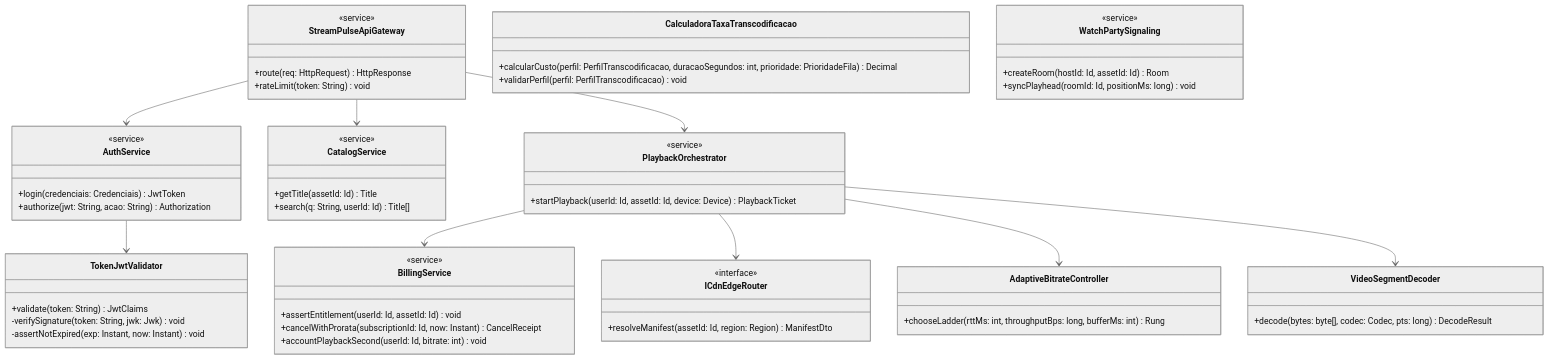
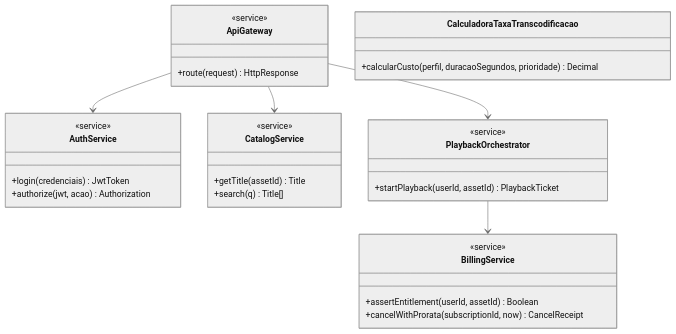
Before and after one commit to DiogoBAguiar/atividade-testes-software: the first of 27 diagrams in README.md, drawn with Mermaid (neutral theme). The commit also changed other lines of this file and 27 other files, not shown here.

First line of the commit message:
Alinhar diagramas ao padrão UML do Laboratório 02.

````diff
--- a/README.md
+++ b/README.md
@@ -175,61 +16,34 @@
 ```mermaid
 classDiagram
-    class StreamPulseApiGateway {
+    class ApiGateway {
         <<service>>
-        +route(req: HttpRequest) HttpResponse
-        +rateLimit(token: String) void
+        +route(request) HttpResponse
     }
     class AuthService {
         <<service>>
-        +login(credenciais: Credenciais) JwtToken
-        +authorize(jwt: String, acao: String) Authorization
-    }
-    class TokenJwtValidator {
-        +validate(token: String) JwtClaims
-        -verifySignature(token: String, jwk: Jwk) void
-        -assertNotExpired(exp: Instant, now: Instant) void
+        +login(credenciais) JwtToken
+        +authorize(jwt, acao) Authorization
     }
     class BillingService {
         <<service>>
-        +assertEntitlement(userId: Id, assetId: Id) void
-        +cancelWithProrata(subscriptionId: Id, now: Instant) CancelReceipt
-        +accountPlaybackSecond(userId: Id, bitrate: int) void
+        +assertEntitlement(userId, assetId) Boolean
+        +cancelWithProrata(subscriptionId, now) CancelReceipt
     }
     class CatalogService {
         <<service>>
-        +getTitle(assetId: Id) Title
-        +search(q: String, userId: Id) Title[]
+        +getTitle(assetId) Title
+        +search(q) Title[]
     }
     class PlaybackOrchestrator {
         <<service>>
-        +startPlayback(userId: Id, assetId: Id, device: Device) PlaybackTicket
-    }
-    class ICdnEdgeRouter {
-        <<interface>>
-        +resolveManifest(assetId: Id, region: Region) ManifestDto
-    }
-    class AdaptiveBitrateController {
-        +chooseLadder(rttMs: int, throughputBps: long, bufferMs: int) Rung
-    }
-    class VideoSegmentDecoder {
-        +decode(bytes: byte[], codec: Codec, pts: long) DecodeResult
+        +startPlayback(userId, assetId) PlaybackTicket
     }
     class CalculadoraTaxaTranscodificacao {
-        +calcularCusto(perfil: PerfilTranscodificacao, duracaoSegundos: int, prioridade: PrioridadeFila) Decimal
-        +validarPerfil(perfil: PerfilTranscodificacao) void
-    }
-    class WatchPartySignaling {
-        <<service>>
-        +createRoom(hostId: Id, assetId: Id) Room
-        +syncPlayhead(roomId: Id, positionMs: long) void
+        +calcularCusto(perfil, duracaoSegundos, prioridade) Decimal
     }
 
-    StreamPulseApiGateway --> AuthService
-    StreamPulseApiGateway --> CatalogService
-    StreamPulseApiGateway --> PlaybackOrchestrator
-    AuthService --> TokenJwtValidator
+    ApiGateway --> AuthService
+    ApiGateway --> CatalogService
+    ApiGateway --> PlaybackOrchestrator
     PlaybackOrchestrator --> BillingService
-    PlaybackOrchestrator --> ICdnEdgeRouter
-    PlaybackOrchestrator --> AdaptiveBitrateController
-    PlaybackOrchestrator --> VideoSegmentDecoder
 ```
````
